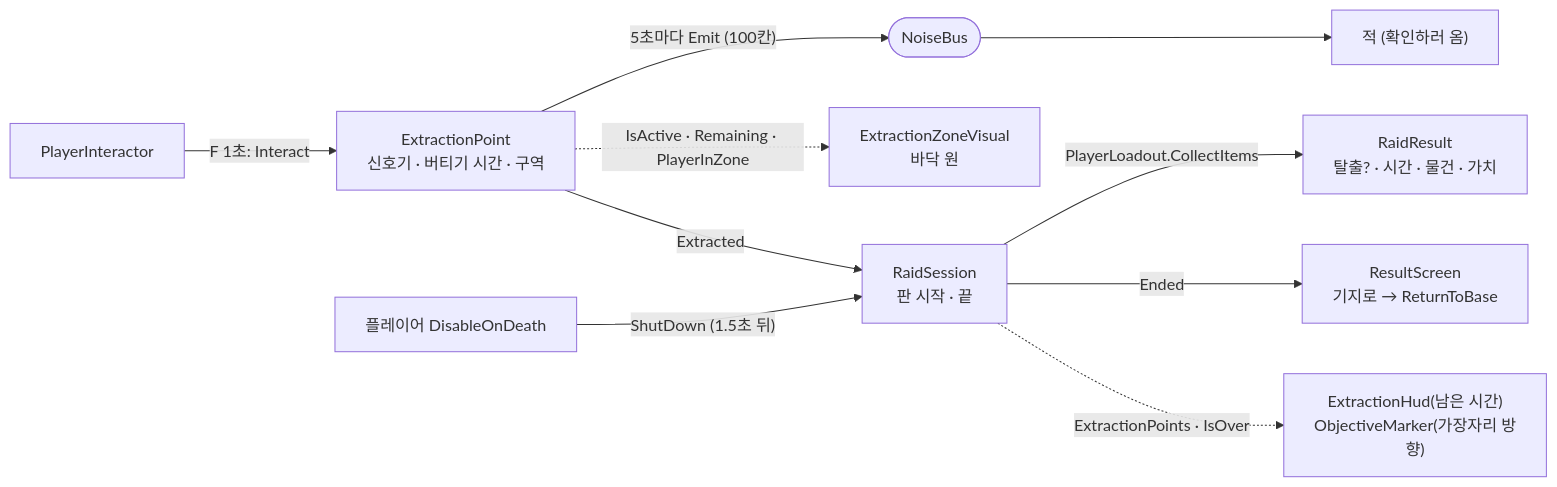
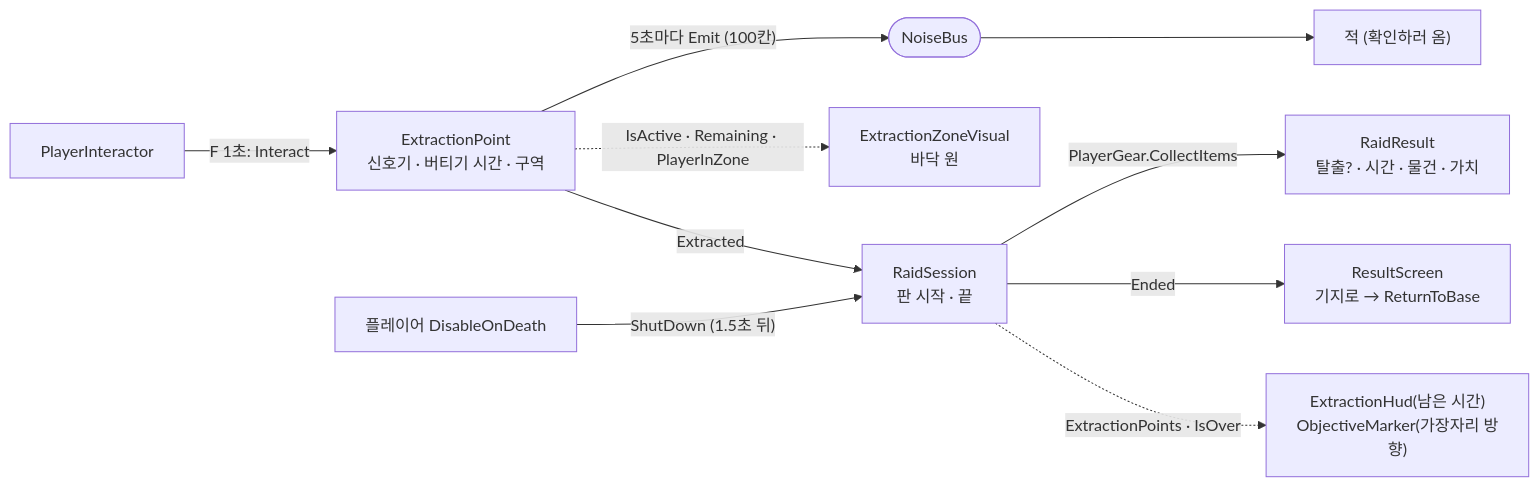
Before and after one commit to odyo0/project_dust_scrapper: the sixth of 10 diagrams in docs/코드-구조.md, drawn with Mermaid. The commit also changed other lines of this file and 23 other files, not shown here.

First line of the commit message:
refactor: 장착 칸 묶음(PlayerGear + IEquipSlots) — 칸 종류를 아는 곳을 하나로

````diff
--- a/docs/코드-구조.md
+++ b/docs/코드-구조.md
@@ -253,11 +253,11 @@
 ```mermaid
 flowchart LR
     PI["PlayerInteractor"] -- "F 1초: Interact" --> EP["ExtractionPoint<br/>신호기 · 버티기 시간 · 구역"]
     EP -- "5초마다 Emit (100칸)" --> BUS(["NoiseBus"]) --> EN["적 (확인하러 옴)"]
     EP -. "IsActive · Remaining · PlayerInZone" .-> ZV["ExtractionZoneVisual<br/>바닥 원"]
     EP -- "Extracted" --> RS["RaidSession<br/>판 시작 · 끝"]
     DOD["플레이어 DisableOnDeath"] -- "ShutDown (1.5초 뒤)" --> RS
-    RS -- "PlayerLoadout.CollectItems" --> RR["RaidResult<br/>탈출? · 시간 · 물건 · 가치"]
+    RS -- "PlayerGear.CollectItems" --> RR["RaidResult<br/>탈출? · 시간 · 물건 · 가치"]
     RS -- "Ended" --> RES["ResultScreen<br/>기지로 → ReturnToBase"]
     RS -. "ExtractionPoints · IsOver" .-> HUD["ExtractionHud(남은 시간)<br/>ObjectiveMarker(가장자리 방향)"]
 ```
````
